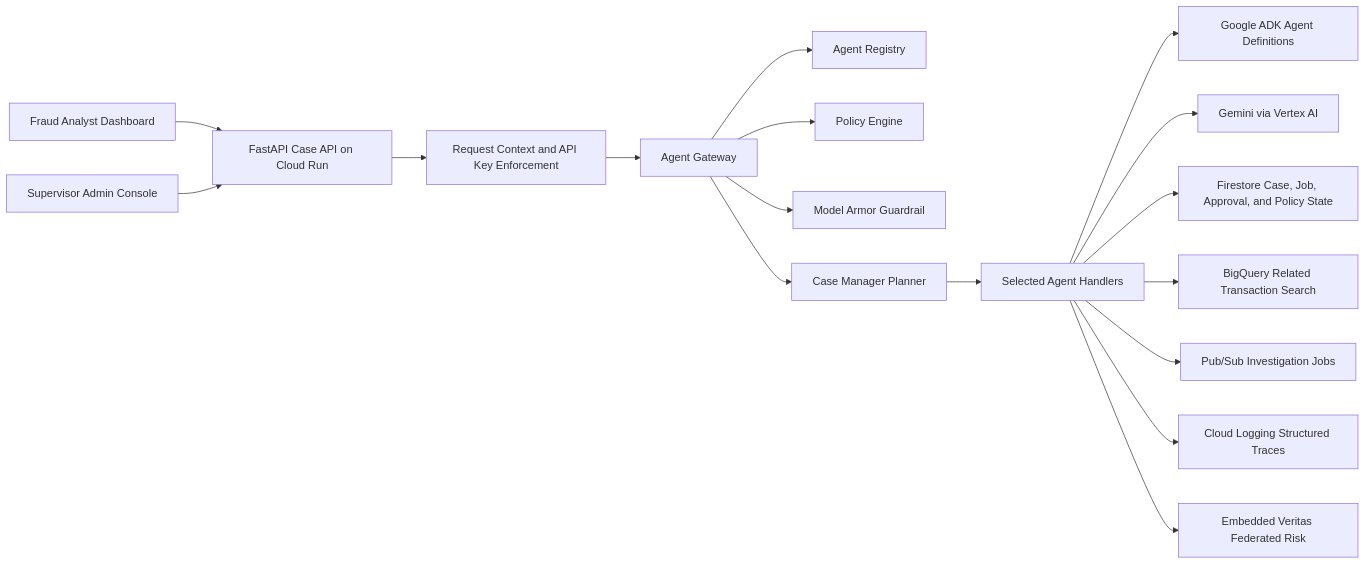
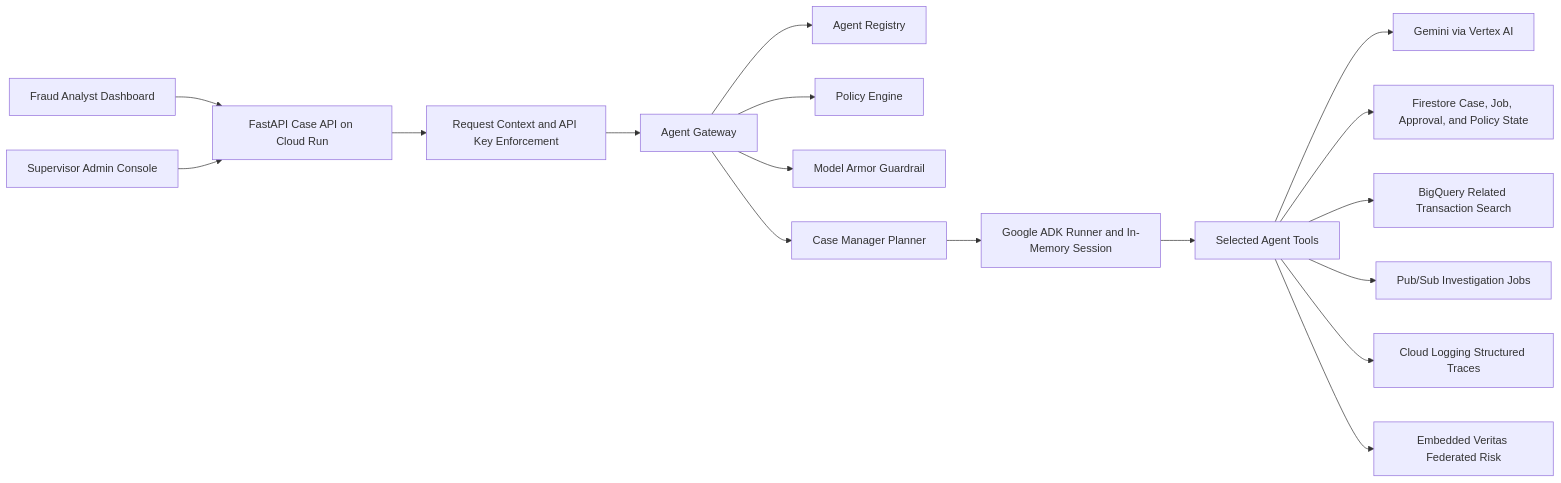
One commit to Kanghyeon5468/Tracelayer changed the first of 4 diagrams in docs/architecture.md. Above: the diagram before and after it, drawn with Mermaid. The commit also changed other lines of this file and 13 other files, not shown here.

````diff
--- a/docs/architecture.md
+++ b/docs/architecture.md
@@ -14,19 +14,19 @@
 ```mermaid
 flowchart LR
     Dashboard[Fraud Analyst Dashboard] --> API[FastAPI Case API on Cloud Run]
     Admin[Supervisor Admin Console] --> API
     API --> Auth[Request Context and API Key Enforcement]
     Auth --> Gateway[Agent Gateway]
     Gateway --> Registry[Agent Registry]
     Gateway --> Policy[Policy Engine]
     Gateway --> Armor[Model Armor Guardrail]
     Gateway --> Planner[Case Manager Planner]
-    Planner --> Fleet[Selected Agent Handlers]
-    Fleet --> ADK[Google ADK Agent Definitions]
+    Planner --> ADK[Google ADK Runner and In-Memory Session]
+    ADK --> Fleet[Selected Agent Tools]
     Fleet --> Vertex[Gemini via Vertex AI]
     Fleet --> Firestore[Firestore Case, Job, Approval, and Policy State]
     Fleet --> BigQuery[BigQuery Related Transaction Search]
     Fleet --> PubSub[Pub/Sub Investigation Jobs]
     Fleet --> Logs[Cloud Logging Structured Traces]
     Fleet --> Veritas[Embedded Veritas Federated Risk]
 ```
````
